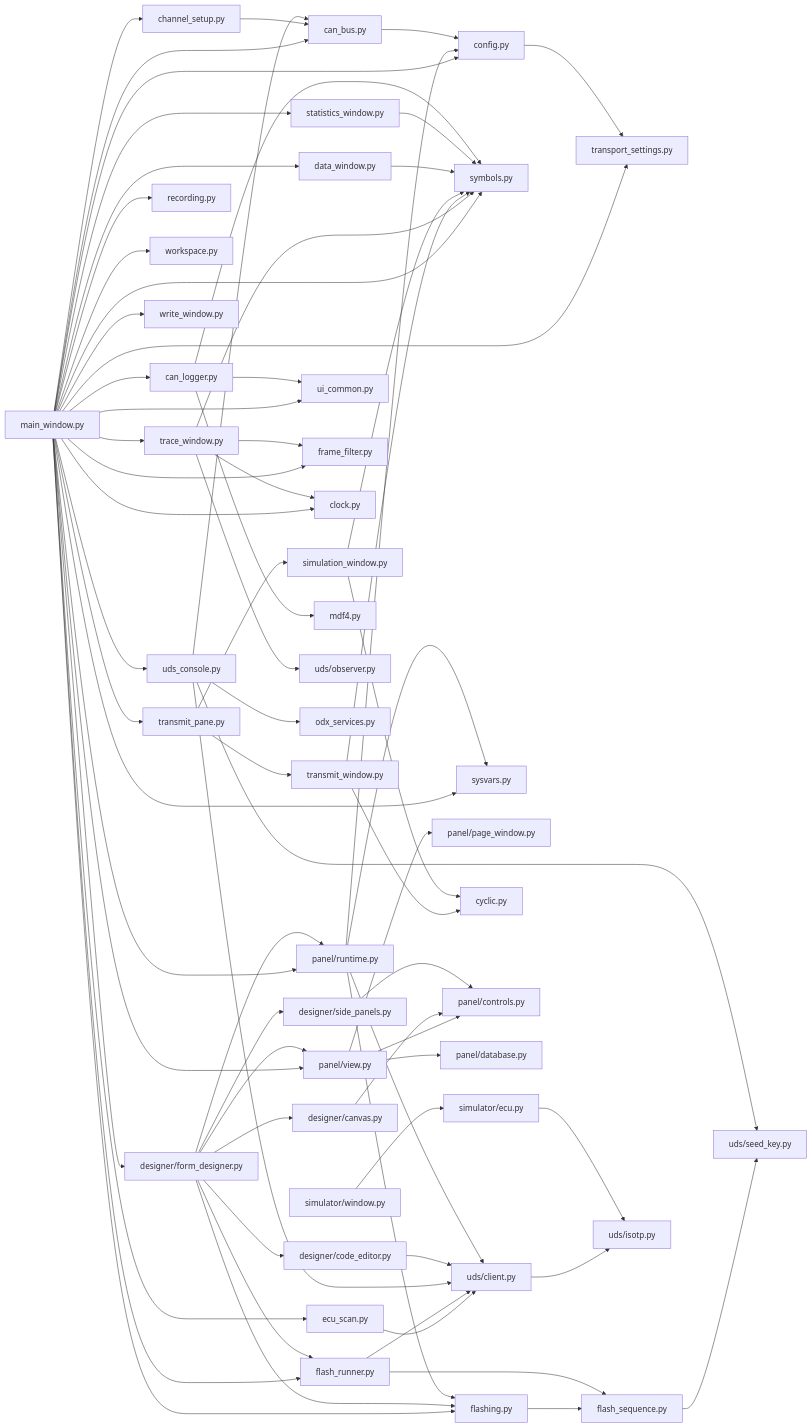
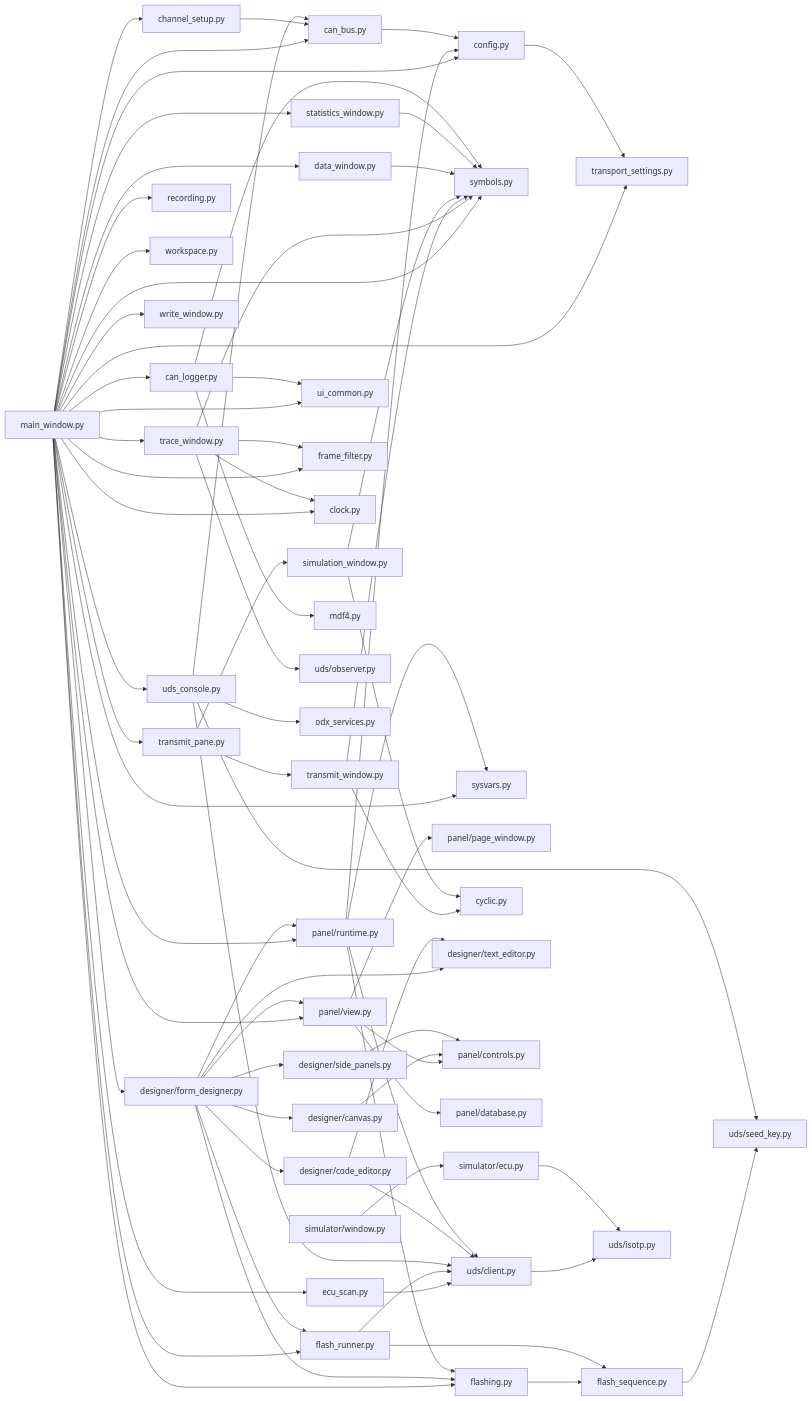
Before and after one commit to HyperFluxQc/CanExpert: the first of 4 diagrams in docs/DOCUMENTATION.md, drawn with Mermaid. The commit also changed other lines of this file and 7 other files, not shown here.

First line of the commit message:
Form Designer: Find, Replace, line numbers and Go to line in the script and the variables

````diff
--- a/docs/DOCUMENTATION.md
+++ b/docs/DOCUMENTATION.md
@@ -23,75 +23,77 @@
 ```mermaid
 flowchart LR
     main["main_window.py"]
     main --> can_bus["can_bus.py"]
     main --> config["config.py"]
     main --> panel_view["panel/view.py"]
     main --> panel_runtime["panel/runtime.py"]
     main --> form_designer["designer/form_designer.py"]
     main --> can_logger["can_logger.py"]
     main --> trace["trace_window.py"]
     main --> statistics["statistics_window.py"]
     main --> data["data_window.py"]
     main --> transmit_pane["transmit_pane.py"]
     transmit_pane --> transmit["transmit_window.py"]
     transmit_pane --> simulation["simulation_window.py"]
     main --> console["uds_console.py"]
     main --> recording["recording.py"]
     main --> symbols["symbols.py"]
     main --> flashing["flashing.py"]
     main --> flash_runner["flash_runner.py"]
     main --> ui_common["ui_common.py"]
     main --> workspace["workspace.py"]
     main --> transport_settings["transport_settings.py"]
     main --> channel_setup["channel_setup.py"]
     main --> frame_filter["frame_filter.py"]
     main --> clock["clock.py"]
     main --> sysvars["sysvars.py"]
     main --> write_window["write_window.py"]
     main --> ecu_scan["ecu_scan.py"]
     config --> transport_settings
     channel_setup --> can_bus
     trace --> frame_filter
     trace --> clock
     can_logger --> mdf4["mdf4.py"]
     panel_view --> page_window["panel/page_window.py"]
     panel_runtime --> sysvars
     ecu_scan --> uds_client
     trace --> symbols
     trace --> observer["uds/observer.py"]
     transmit --> symbols
     transmit --> cyclic["cyclic.py"]
     simulation --> symbols
     simulation --> cyclic
     data --> symbols
     statistics --> symbols
     flashing --> flash_sequence["flash_sequence.py"]
     flash_runner --> flash_sequence
     flash_runner --> uds_client
     flash_sequence --> seed_key["uds/seed_key.py"]
     console --> seed_key
     can_logger --> symbols
     console --> uds_client
     console --> can_bus
     console --> odx["odx_services.py"]
     form_designer --> canvas["designer/canvas.py"]
     form_designer --> side_panels["designer/side_panels.py"]
     form_designer --> code_editor["designer/code_editor.py"]
+    form_designer --> text_editor["designer/text_editor.py"]
+    code_editor --> text_editor
     form_designer --> panel_runtime
     form_designer --> panel_view
     form_designer --> flashing
     form_designer --> flash_runner
     code_editor --> uds_client["uds/client.py"]
     panel_view --> panel_controls["panel/controls.py"]
     panel_view --> panel_database["panel/database.py"]
     canvas --> panel_controls
     side_panels --> panel_controls
     panel_runtime --> uds_client
     panel_runtime --> config
     panel_runtime --> flashing
     uds_client --> isotp["uds/isotp.py"]
     can_bus --> config
     can_logger --> ui_common
     simulator_ecu["simulator/ecu.py"] --> isotp
     simulator_window["simulator/window.py"] --> simulator_ecu
 ```
````
